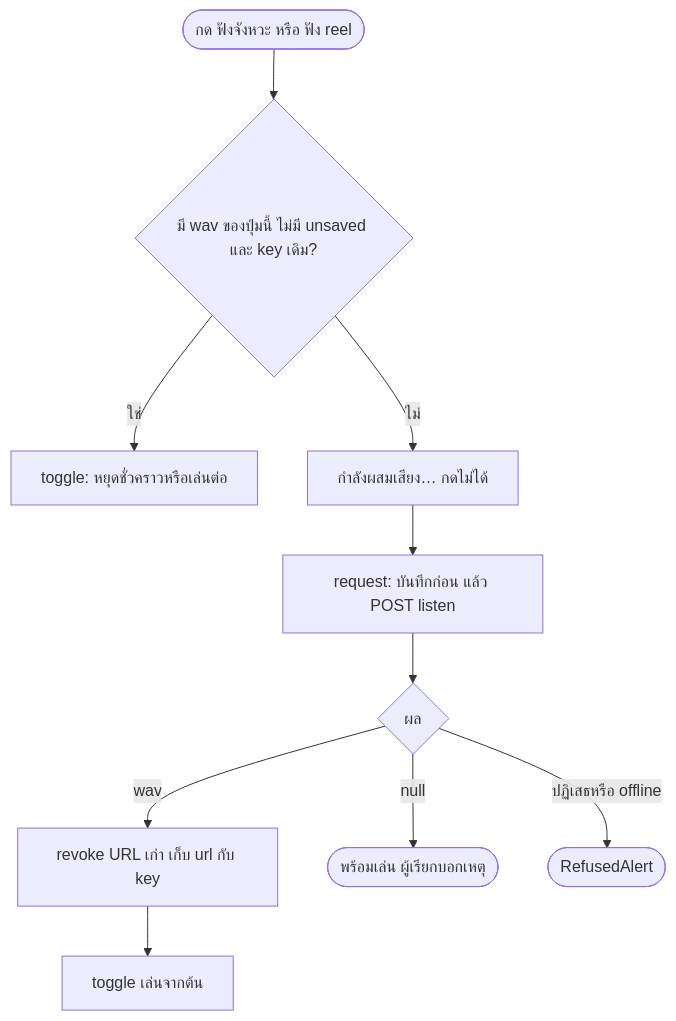
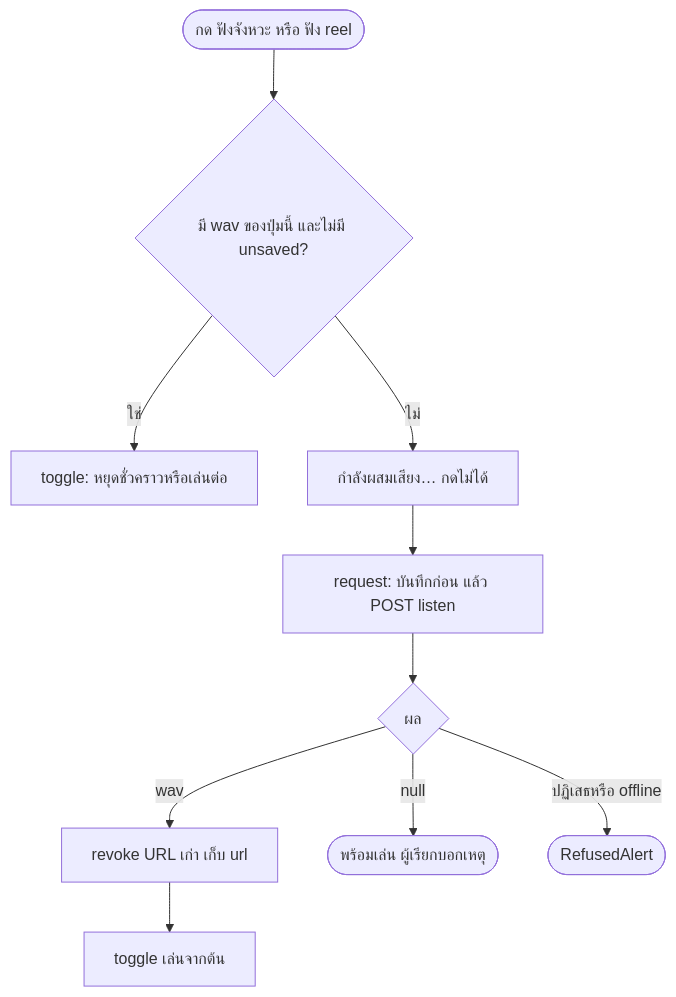
One commit to mousemouse094526/framecraft changed the third of 3 diagrams in docs/features/audio-player/flow.md. Above: the diagram before and after it, drawn with Mermaid. The commit also changed other lines of this file and 29 other files, not shown here.

````diff
--- a/docs/features/audio-player/flow.md
+++ b/docs/features/audio-player/flow.md
@@ -63,12 +63,12 @@
 ```mermaid
 flowchart TD
-    Press([กด ฟังจังหวะ หรือ ฟัง reel]) --> Same{มี wav ของปุ่มนี้ ไม่มี unsaved และ key เดิม?}
+    Press([กด ฟังจังหวะ หรือ ฟัง reel]) --> Same{มี wav ของปุ่มนี้ และไม่มี unsaved?}
     Same -- ใช่ --> Toggle[toggle: หยุดชั่วคราวหรือเล่นต่อ]
     Same -- ไม่ --> Mixing[กำลังผสมเสียง… กดไม่ได้]
     Mixing --> Request[request: บันทึกก่อน แล้ว POST listen]
     Request --> Reply{ผล}
-    Reply -- wav --> Keep[revoke URL เก่า เก็บ url กับ key]
+    Reply -- wav --> Keep[revoke URL เก่า เก็บ url]
     Keep --> Play[toggle เล่นจากต้น]
     Reply -- null --> Idle([พร้อมเล่น ผู้เรียกบอกเหตุ])
     Reply -- ปฏิเสธหรือ offline --> Refused([RefusedAlert])
 ```
````
